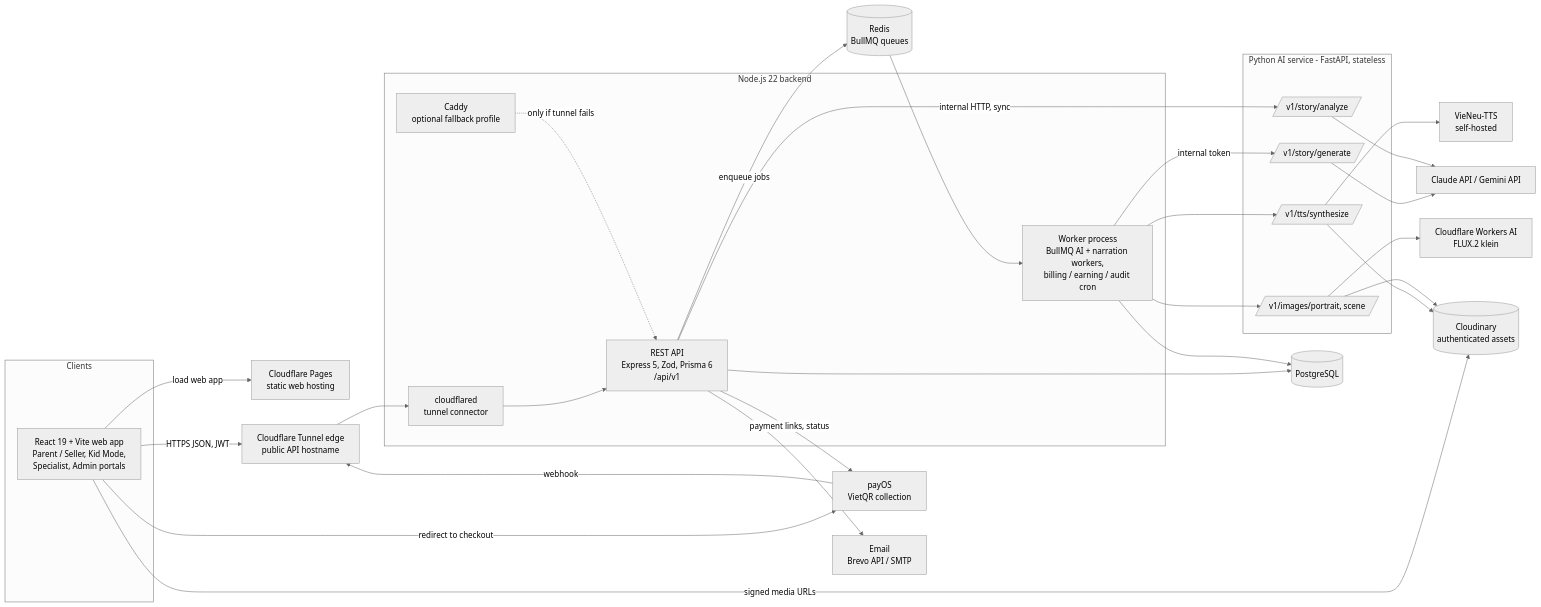
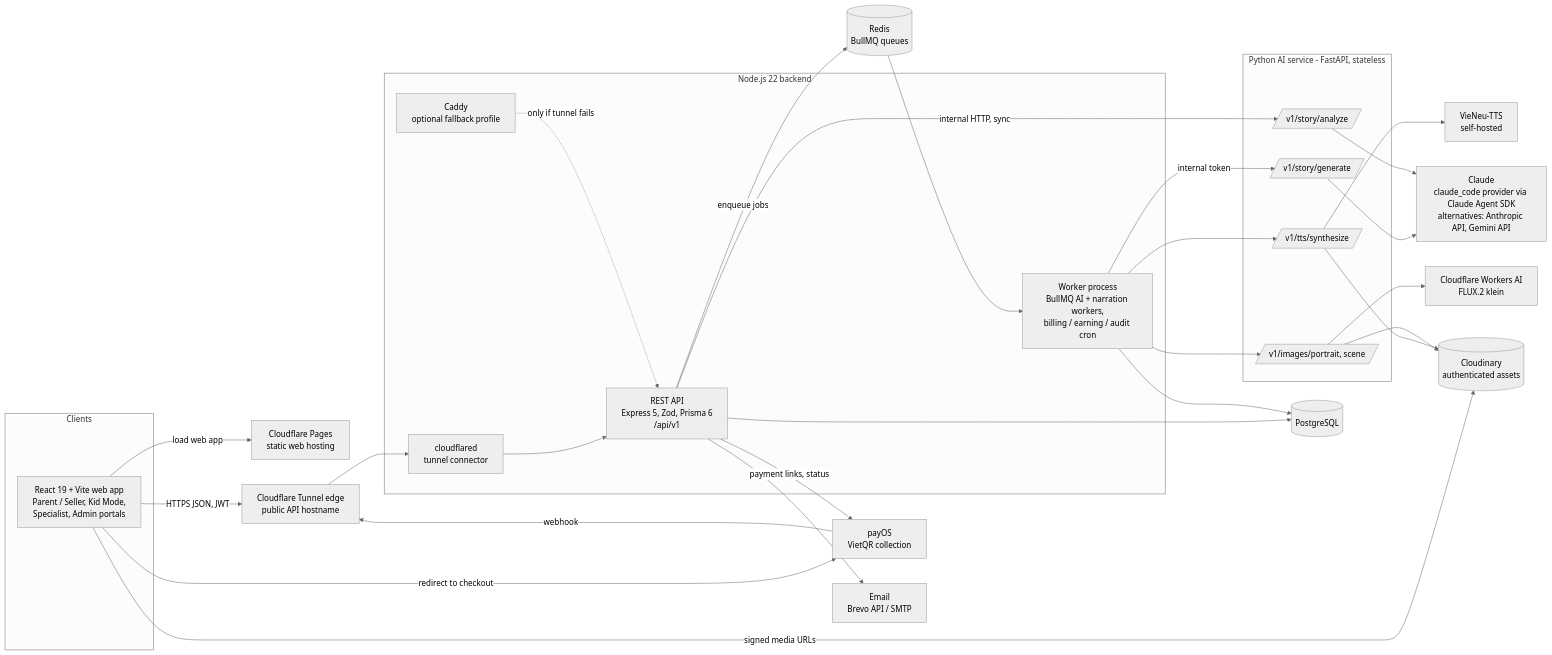
One commit to SEP490-GFA26SE186/BE changed the diagram in docs/sdd/1.1-architecture.mmd. Above: the diagram before and after it, drawn with Mermaid. The commit also changed 1 other file, not shown here.

Commit message:
docs(sdd): A-04 label LLM as Claude via claude_code provider (Claude Agent SDK) in architecture diagram source and SDD 1.1 table

```diff
--- a/docs/sdd/1.1-architecture.mmd
+++ b/docs/sdd/1.1-architecture.mmd
@@ -1,51 +1,51 @@
 %%{init: {"theme": "neutral", "themeVariables": {"fontFamily": "Arial"}}}%%
 flowchart LR
   subgraph Clients
     WEB[React 19 + Vite web app<br/>Parent / Seller, Kid Mode,<br/>Specialist, Admin portals]
   end
   PAGES[Cloudflare Pages<br/>static web hosting]
   EDGE[Cloudflare Tunnel edge<br/>public API hostname]
   subgraph Backend [Node.js 22 backend]
     CFD[cloudflared<br/>tunnel connector]
     CADDY[Caddy<br/>optional fallback profile]
     API[REST API<br/>Express 5, Zod, Prisma 6<br/>/api/v1]
     WK[Worker process<br/>BullMQ AI + narration workers,<br/>billing / earning / audit cron]
   end
   REDIS[(Redis<br/>BullMQ queues)]
   DB[(PostgreSQL)]
   subgraph AISvc [Python AI service - FastAPI, stateless]
     STORY[/v1/story/generate/]
     ANALYZE[/v1/story/analyze/]
     TTS[/v1/tts/synthesize/]
     IMG[/v1/images/portrait, scene/]
   end
-  LLM[Claude API / Gemini API]
+  LLM[Claude<br/>claude_code provider via Claude Agent SDK<br/>alternatives: Anthropic API, Gemini API]
   VN[VieNeu-TTS<br/>self-hosted]
   CF[Cloudflare Workers AI<br/>FLUX.2 klein]
   CLD[(Cloudinary<br/>authenticated assets)]
   PAY[payOS<br/>VietQR collection]
   MAIL[Email<br/>Brevo API / SMTP]
   WEB -->|load web app| PAGES
   WEB -->|HTTPS JSON, JWT| EDGE
   EDGE --> CFD
   CFD --> API
   CADDY -.->|only if tunnel fails| API
   WEB -->|signed media URLs| CLD
   WEB -->|redirect to checkout| PAY
   API --> DB
   API -->|enqueue jobs| REDIS
   REDIS --> WK
   WK --> DB
   WK -->|internal token| STORY
   WK --> TTS
   WK --> IMG
   API -->|internal HTTP, sync| ANALYZE
   STORY --> LLM
   ANALYZE --> LLM
   TTS --> VN
   IMG --> CF
   TTS --> CLD
   IMG --> CLD
   API -->|payment links, status| PAY
   PAY -->|webhook| EDGE
   API --> MAIL
```
